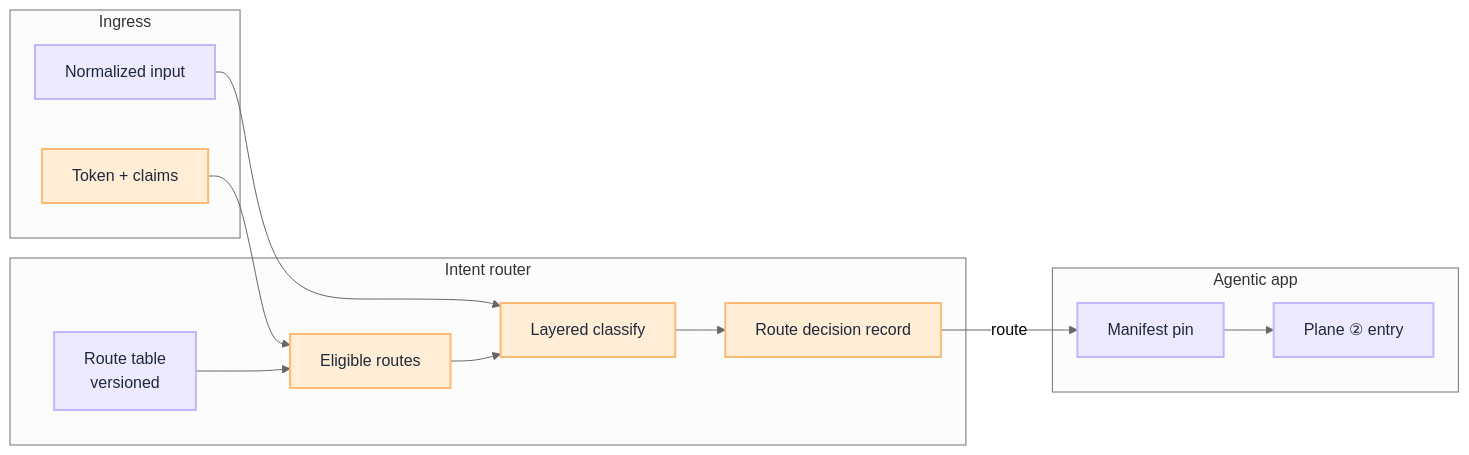
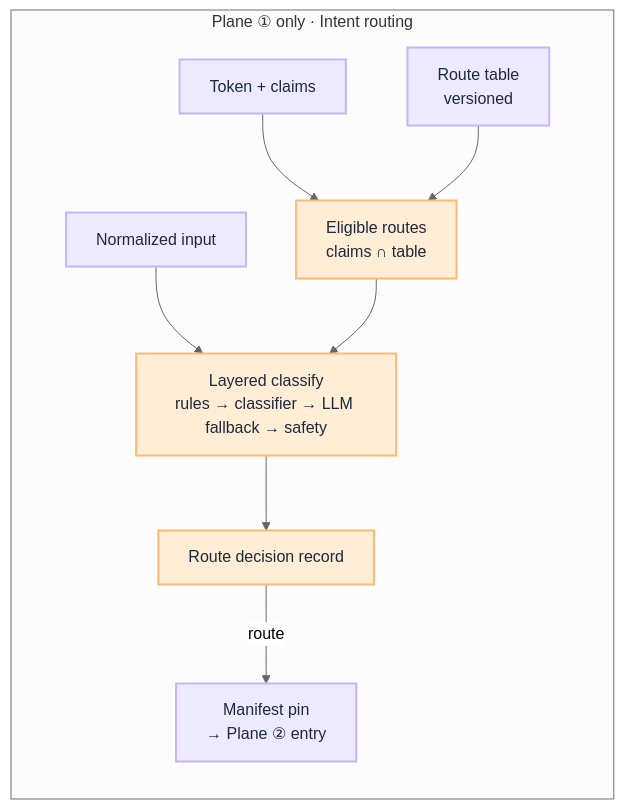
One commit to iamsharmajitender/gain changed the second of 4 diagrams in docs/blueprints/router-blueprint.mdx. Above: the diagram before and after it, drawn with Mermaid (neutral theme). The commit also changed other lines of this file and 30 other files, not shown here.

````diff
--- a/docs/blueprints/router-blueprint.mdx
+++ b/docs/blueprints/router-blueprint.mdx
@@ -98,33 +114,26 @@
 ```mermaid
-flowchart LR
-    subgraph ingress["Ingress"]
-        ID["Token + claims"]
-        IN["Normalized input"]
+flowchart TD
+    subgraph p1["Plane ① only · Intent routing"]
+        direction TB
+        Claims["Token + claims"]
+        Input["Normalized input"]
+        Table["Route table<br/>versioned"]
+        Elig["Eligible routes<br/>claims ∩ table"]
+        Classify["Layered classify<br/>rules → classifier → LLM fallback → safety"]
+        RDR["Route decision record"]
+        Handoff["Manifest pin<br/>→ Plane ② entry"]
+
+        Claims --> Elig
+        Table --> Elig
+        Input --> Classify
+        Elig --> Classify
+        Classify --> RDR
+        RDR -->|"route"| Handoff
     end
-
-    subgraph router["Intent router"]
-        RT["Route table<br/>versioned"]
-        EL["Eligible routes"]
-        LC["Layered classify"]
-        RD["Route decision record"]
-    end
-
-    subgraph app["Agentic app"]
-        MF["Manifest pin"]
-        LOOP["Plane ② entry"]
-    end
-
-    ID --> EL
-    RT --> EL
-    IN --> LC
-    EL --> LC
-    LC --> RD
-    RD -->|"route"| MF
-    MF --> LOOP
 
     classDef gate fill:#ffedd5,stroke:#fdba74,color:#1e293b,stroke-width:2px
     classDef process fill:#ede9fe,stroke:#c4b5fd,color:#1e293b,stroke-width:2px
 
-    class ID,EL,LC,RD gate
-    class RT,IN,MF,LOOP process
+    class Elig,Classify,RDR gate
+    class Claims,Input,Table,Handoff process
 ```
````
